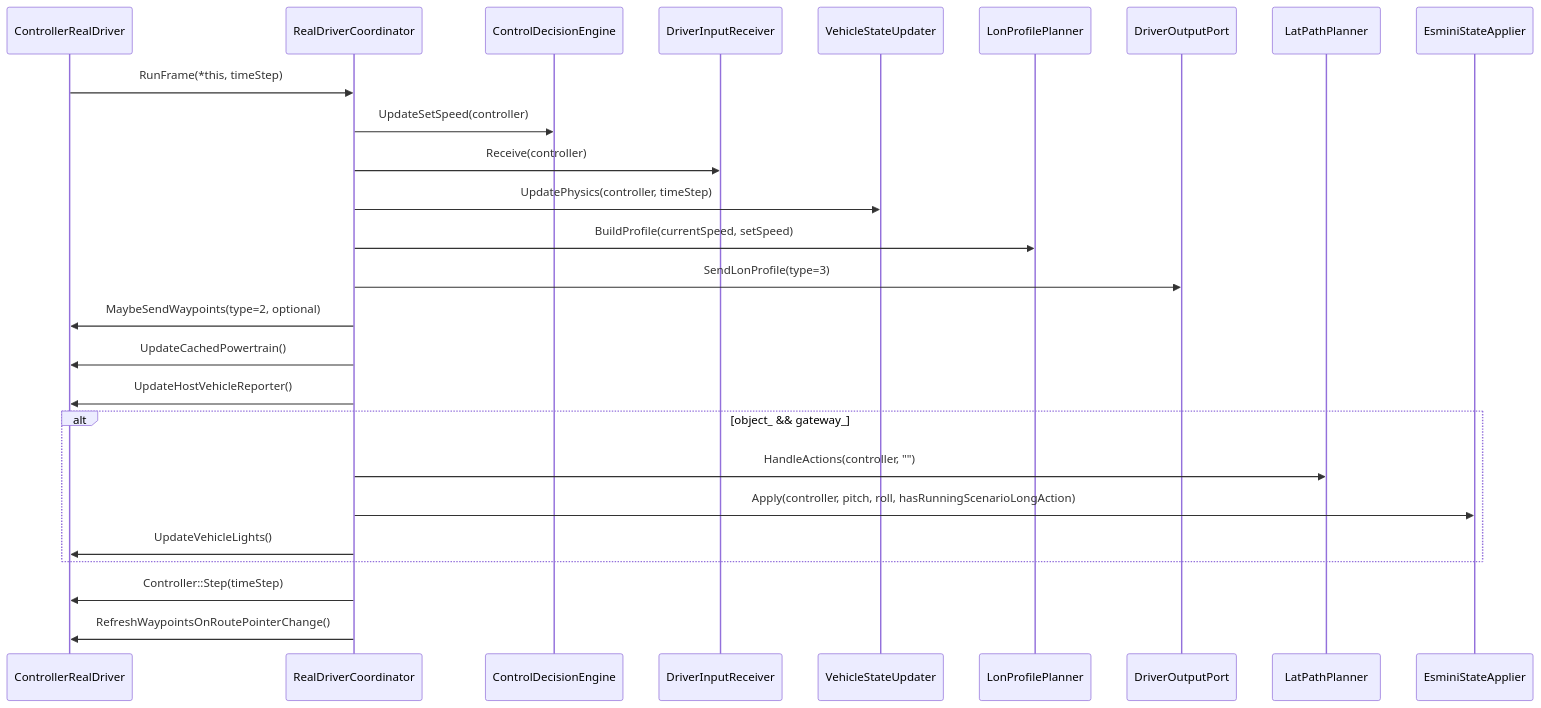
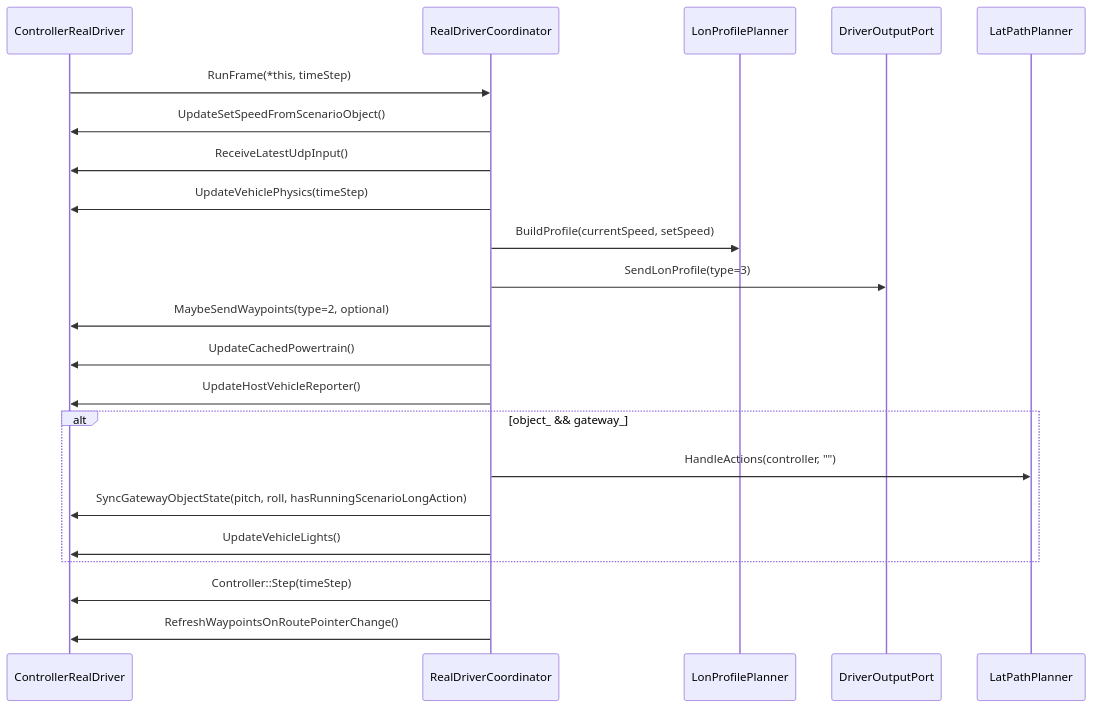
Before and after one commit to GT-karny/esmini: the third of 5 diagrams in GT_esmini/docs/realdriver/controller_logic.md, drawn with Mermaid. The commit also changed other lines of this file and 66 other files, not shown here.

````diff
--- a/GT_esmini/docs/realdriver/controller_logic.md
+++ b/GT_esmini/docs/realdriver/controller_logic.md
@@ -74,29 +68,25 @@
 ```mermaid
 sequenceDiagram
     participant C as ControllerRealDriver
     participant R as RealDriverCoordinator
-    participant DE as ControlDecisionEngine
-    participant IN as DriverInputReceiver
-    participant VS as VehicleStateUpdater
     participant LP as LonProfilePlanner
     participant OUT as DriverOutputPort
     participant LAT as LatPathPlanner
-    participant EA as EsminiStateApplier
 
     C->>R: RunFrame(*this, timeStep)
-    R->>DE: UpdateSetSpeed(controller)
-    R->>IN: Receive(controller)
-    R->>VS: UpdatePhysics(controller, timeStep)
+    R->>C: UpdateSetSpeedFromScenarioObject()
+    R->>C: ReceiveLatestUdpInput()
+    R->>C: UpdateVehiclePhysics(timeStep)
     R->>LP: BuildProfile(currentSpeed, setSpeed)
     R->>OUT: SendLonProfile(type=3)
     R->>C: MaybeSendWaypoints(type=2, optional)
     R->>C: UpdateCachedPowertrain()
     R->>C: UpdateHostVehicleReporter()
     alt object_ && gateway_
         R->>LAT: HandleActions(controller, "")
-        R->>EA: Apply(controller, pitch, roll, hasRunningScenarioLongAction)
+        R->>C: SyncGatewayObjectState(pitch, roll, hasRunningScenarioLongAction)
         R->>C: UpdateVehicleLights()
     end
     R->>C: Controller::Step(timeStep)
     R->>C: RefreshWaypointsOnRoutePointerChange()
 ```
````
